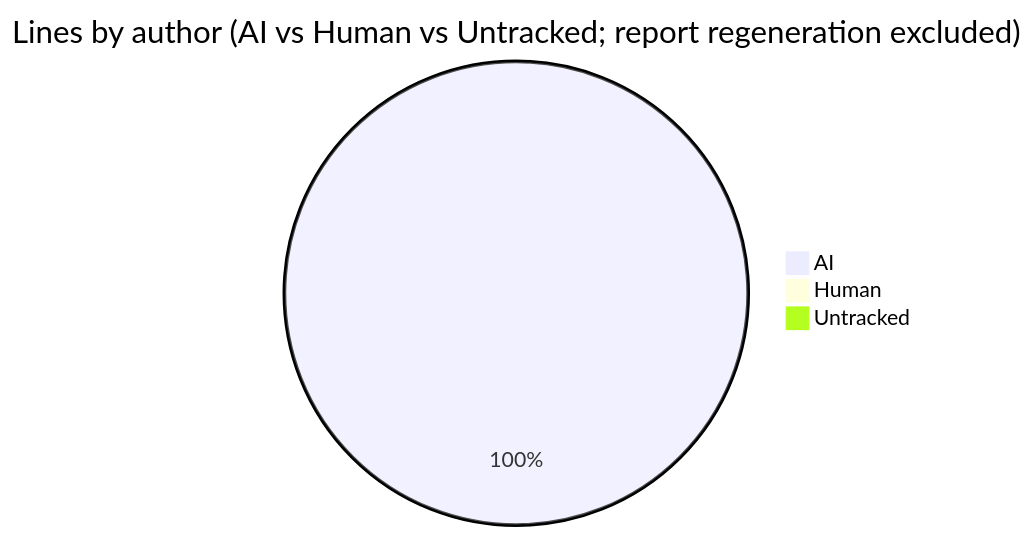
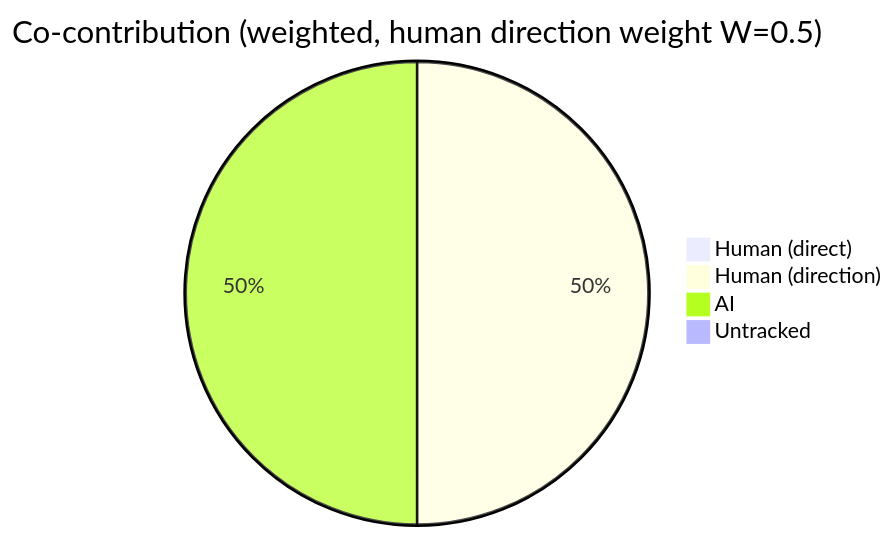
The first of 2 diagrams in AI-AUTHORSHIP.md (CaliMark/game-of-life), drawn with Mermaid before and after one commit. The commit also changed other lines of this file and 1 other file, not shown here.

Commit message:
docs: regenerate AI authorship report

````diff
--- a/AI-AUTHORSHIP.md
+++ b/AI-AUTHORSHIP.md
@@ -20,6 +22,7 @@
 ```mermaid
-pie title Lines by author (AI vs Human vs Untracked; report regeneration excluded)
-    "AI" : 637
-    "Human" : 1
+pie title Co-contribution (weighted, human direction weight W=0.5)
+    "Human (direct)" : 1
+    "Human (direction)" : 380
+    "AI" : 380
     "Untracked" : 1
 ```
````
